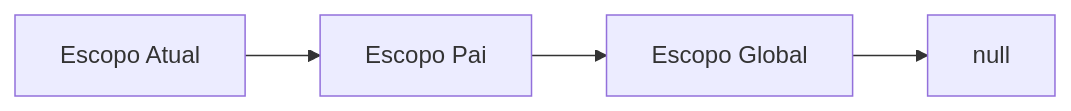
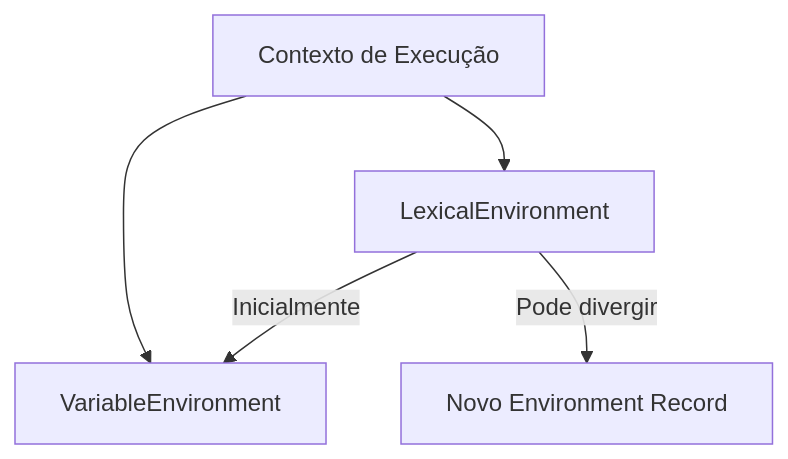
One commit to natalialuizads/notes changed the eighth of 10 diagrams in docs/javascript/execution-contexts.mdx. Above: the diagram before and after it, drawn with Mermaid. The commit also changed other lines of this file, not shown here.

````diff
--- a/docs/javascript/execution-contexts.mdx
+++ b/docs/javascript/execution-contexts.mdx
@@ -187,6 +444,8 @@
-  ```mermaid
-  graph LR
-    A[Escopo Atual] --> B[Escopo Pai]
-    B --> C[Escopo Global]
-    C --> D[null]
-  ```
+```mermaid
+graph TD
+    EC[Contexto de Execução] --> LE[LexicalEnvironment]
+    EC --> VE[VariableEnvironment]
+    
+    LE -->|Inicialmente| VE
+    LE -->|Pode divergir| NovoLE[Novo Environment Record]
+```
````
